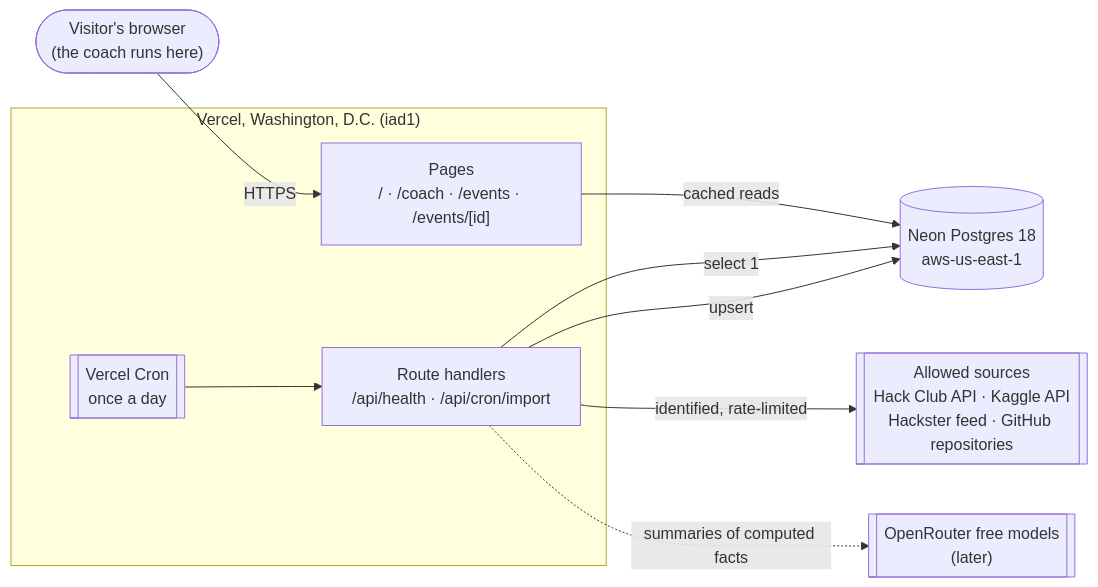
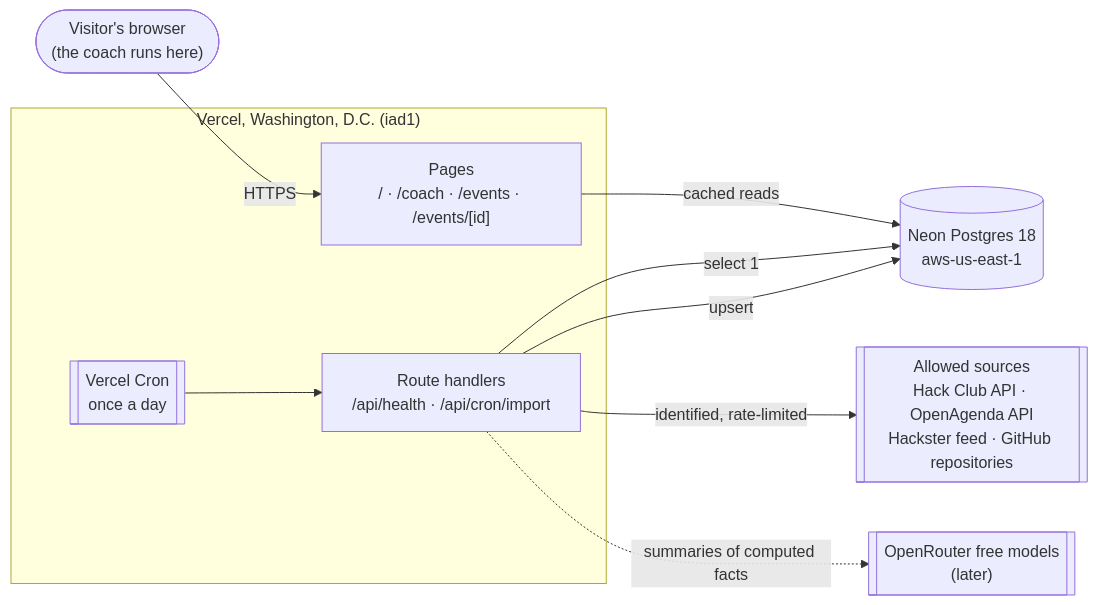
One commit to ayobamy/hackbrief changed the first of 2 diagrams in docs/architecture.md. Above: the diagram before and after it, drawn with Mermaid. The commit also changed other lines of this file and 30 other files, not shown here.

First line of the commit message:
feat(sources): import hackathons from OpenAgenda

````diff
--- a/docs/architecture.md
+++ b/docs/architecture.md
@@ -9,20 +9,20 @@
 ```mermaid
 flowchart LR
   user(["Visitor's browser<br/>(the coach runs here)"])
   subgraph vercel["Vercel, Washington, D.C. (iad1)"]
     pages["Pages<br/>/ · /coach · /events · /events/[id]"]
     routes["Route handlers<br/>/api/health · /api/cron/import"]
     cron[["Vercel Cron<br/>once a day"]]
   end
   db[("Neon Postgres 18<br/>aws-us-east-1")]
-  sources[["Allowed sources<br/>Hack Club API · Kaggle API<br/>Hackster feed · GitHub repositories"]]
+  sources[["Allowed sources<br/>Hack Club API · OpenAgenda API<br/>Hackster feed · GitHub repositories"]]
   llm[["OpenRouter free models<br/>(later)"]]
 
   user -- HTTPS --> pages
   pages -- "cached reads" --> db
   routes -- "select 1" --> db
   cron --> routes
   routes -- "identified, rate-limited" --> sources
   routes -- "upsert" --> db
   routes -. "summaries of computed facts" .-> llm
 ```
````
